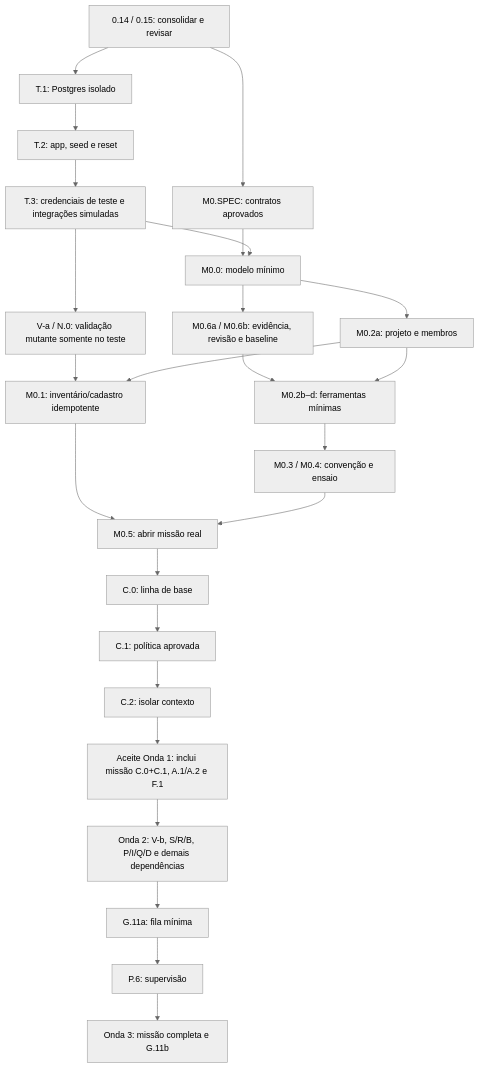
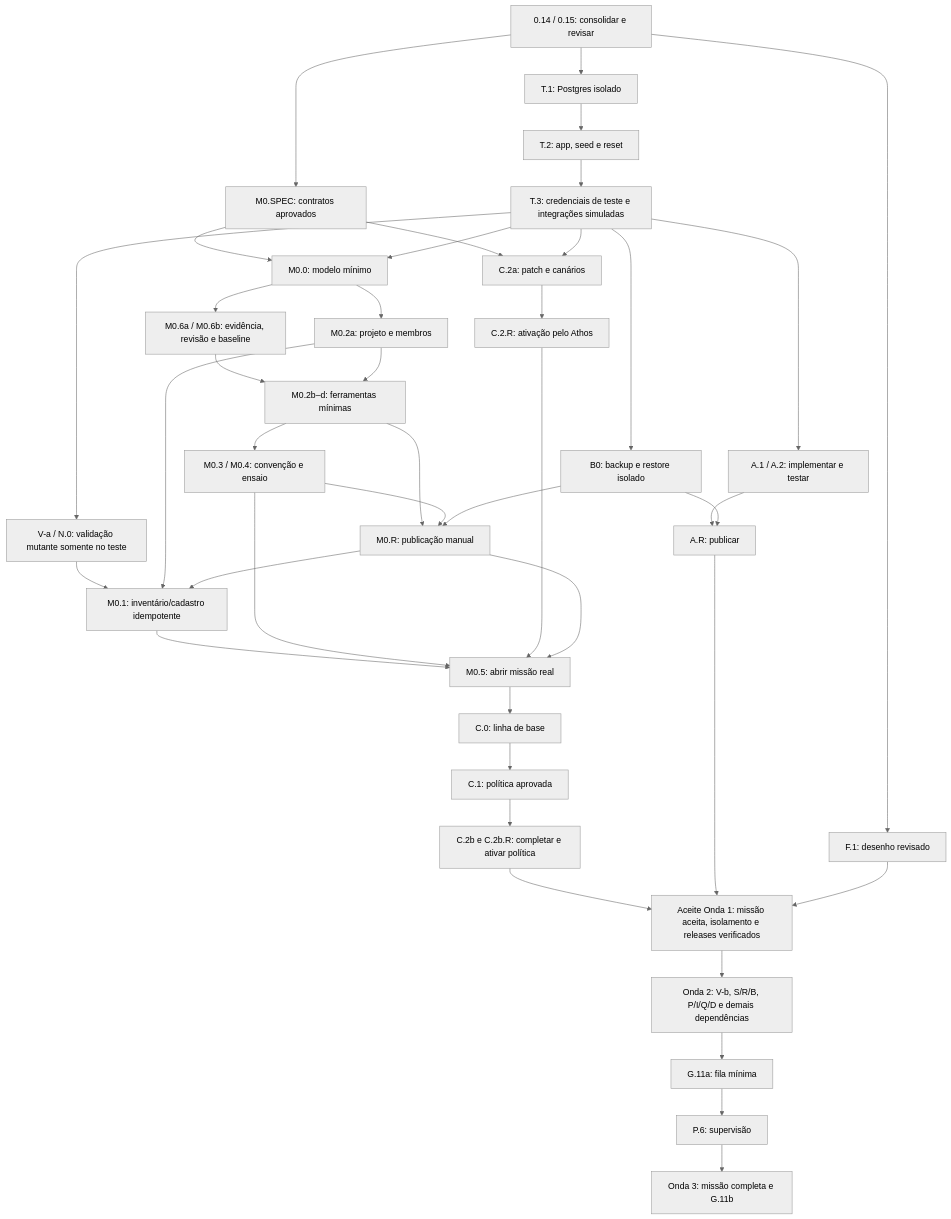
The diagram in docs/plano-integrado/07-fases-de-implementacao.md (darckware/forgehub), drawn with Mermaid (neutral theme) before and after one commit. The commit also changed other lines of this file and 9 other files, not shown here.

````diff
--- a/docs/plano-integrado/07-fases-de-implementacao.md
+++ b/docs/plano-integrado/07-fases-de-implementacao.md
@@ -386,27 +390,43 @@
 ```mermaid
 flowchart TD
   Revisao[0.14 / 0.15: consolidar e revisar] --> T1[T.1: Postgres isolado]
   T1 --> T2[T.2: app, seed e reset]
   T2 --> T3[T.3: credenciais de teste e integrações simuladas]
   T3 --> Va[V-a / N.0: validação mutante somente no teste]
   Revisao --> Spec[M0.SPEC: contratos aprovados]
   Spec --> Base[M0.0: modelo mínimo]
   T3 --> Base
   Base --> Guards[M0.6a / M0.6b: evidência, revisão e baseline]
   Base --> Tools[M0.2a: projeto e membros]
   Guards --> Minimo[M0.2b–d: ferramentas mínimas]
   Tools --> Minimo
   Va --> Cadastro[M0.1: inventário/cadastro idempotente]
   Tools --> Cadastro
   Minimo --> Convencao[M0.3 / M0.4: convenção e ensaio]
   Cadastro --> Abertura[M0.5: abrir missão real]
   Convencao --> Abertura
+  Spec --> Contencao[C.2a: patch e canários]
+  T3 --> Contencao
+  Contencao --> Ativa[C.2.R: ativação pelo Athos]
+  Ativa --> Abertura
+  T3 --> B0[B0: backup e restore isolado]
+  Minimo --> Publica[M0.R: publicação manual]
+  Convencao --> Publica
+  B0 --> Publica
+  Publica --> Cadastro
+  Publica --> Abertura
   Abertura --> C0[C.0: linha de base]
   C0 --> C1[C.1: política aprovada]
-  C1 --> C2[C.2: isolar contexto]
-  C2 --> Saida[Aceite Onda 1: inclui missão C.0+C.1, A.1/A.2 e F.1]
+  C1 --> C2[C.2b e C.2b.R: completar e ativar política]
+  C2 --> Saida[Aceite Onda 1: missão aceita, isolamento e releases verificados]
+  T3 --> Atividades[A.1 / A.2: implementar e testar]
+  Atividades --> AtividadesRelease[A.R: publicar]
+  B0 --> AtividadesRelease
+  AtividadesRelease --> Saida
+  Revisao --> Identidade[F.1: desenho revisado]
+  Identidade --> Saida
   Saida --> Onda2[Onda 2: V-b, S/R/B, P/I/Q/D e demais dependências]
   Onda2 --> G11a[G.11a: fila mínima]
   G11a --> P6[P.6: supervisão]
   P6 --> Onda3[Onda 3: missão completa e G.11b]
 ```
````
